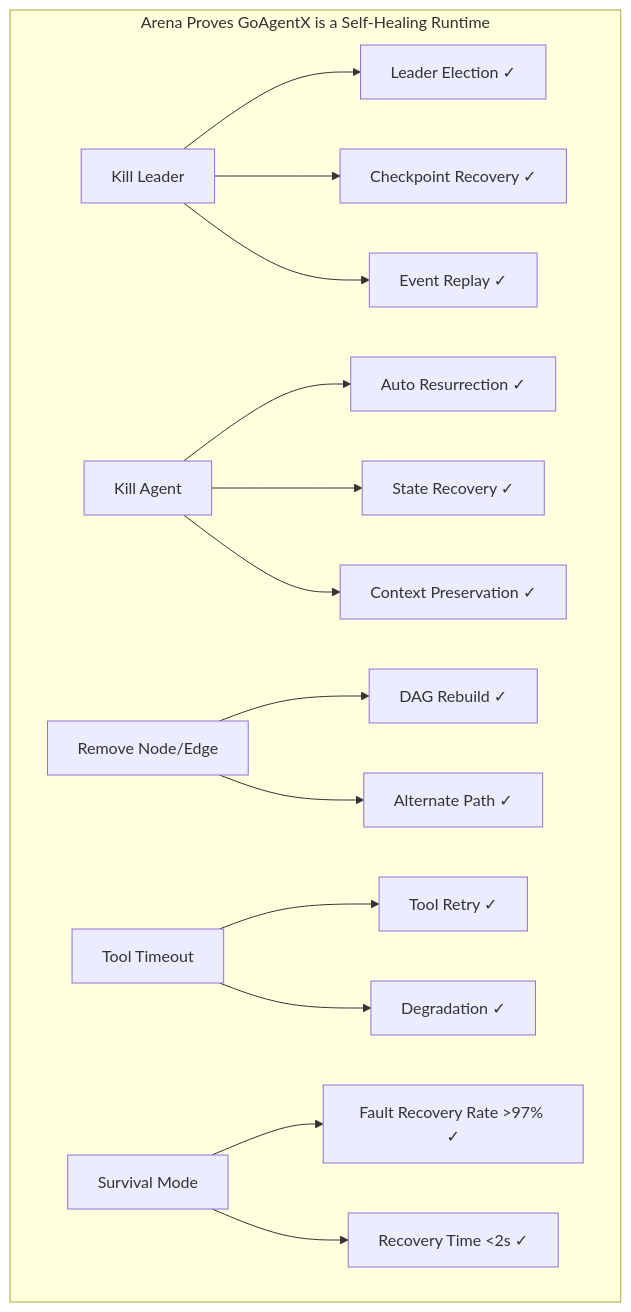
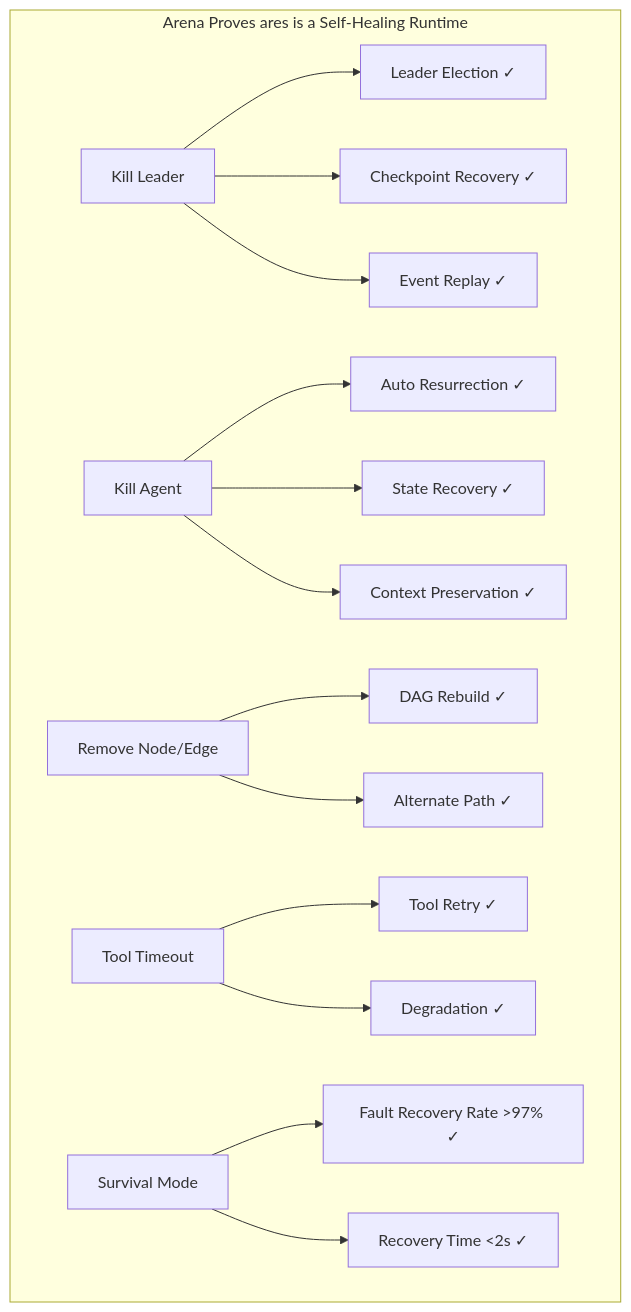
The sixth of 6 diagrams in docs/articles/en/arena-fault-injection-deep-dive.md (Timwood0x10/ARES), drawn with Mermaid before and after one commit. The commit also changed other lines of this file and 671 other files, not shown here.

````diff
--- a/docs/articles/en/arena-fault-injection-deep-dive.md
+++ b/docs/articles/en/arena-fault-injection-deep-dive.md
@@ -389,21 +389,21 @@
 ```mermaid
 graph TB
-    subgraph "Arena Proves GoAgentX is a Self-Healing Runtime"
+    subgraph "Arena Proves ares is a Self-Healing Runtime"
         A[Kill Leader] --> LA[Leader Election ✓]
         A --> CK[Checkpoint Recovery ✓]
         A --> ER[Event Replay ✓]
 
         B[Kill Agent] --> AR[Auto Resurrection ✓]
         B --> SR[State Recovery ✓]
         B --> CR[Context Preservation ✓]
 
         C[Remove Node/Edge] --> DR[DAG Rebuild ✓]
         C --> AP[Alternate Path ✓]
 
         D[Tool Timeout] --> TR[Tool Retry ✓]
         D --> DG[Degradation ✓]
 
         E[Survival Mode] --> FR[Fault Recovery Rate >97% ✓]
         E --> RT[Recovery Time <2s ✓]
     end
 ```
````
